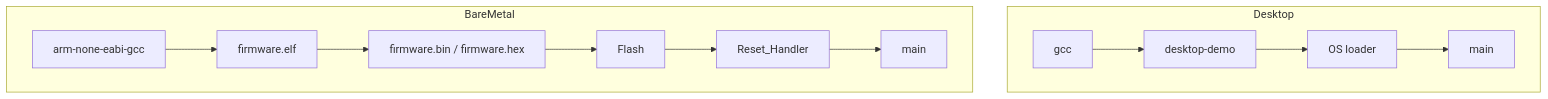
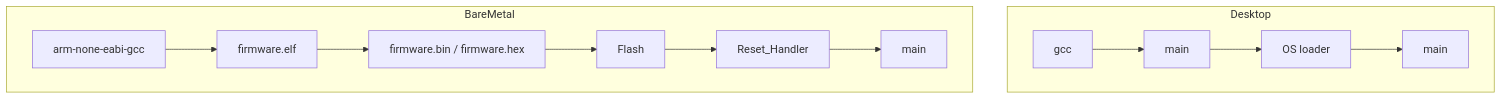
Before and after one commit to inaku-Gyan/RM-EC-Tutorial-2026-Summer: diagram 15 of 18 in slides.md, drawn with Mermaid. The commit also changed other lines of this file, not shown here.

````diff
--- a/slides.md
+++ b/slides.md
@@ -1064,15 +1176,15 @@
 ```mermaid
 flowchart TB
   subgraph Desktop
-    A[gcc] --> B[desktop-demo]
+    A[gcc] --> B[main]
     B --> C[OS loader]
     C --> D[main]
   end
   subgraph BareMetal
     E[arm-none-eabi-gcc] --> F[firmware.elf]
     F --> G[firmware.bin / firmware.hex]
     G --> H[Flash]
     H --> I[Reset_Handler]
     I --> J[main]
   end
 ```
````
